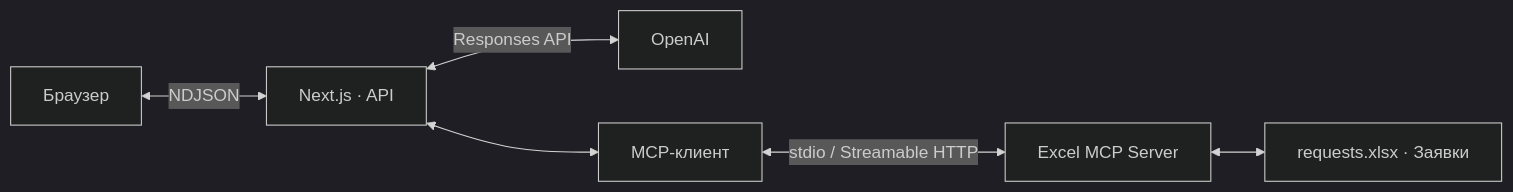
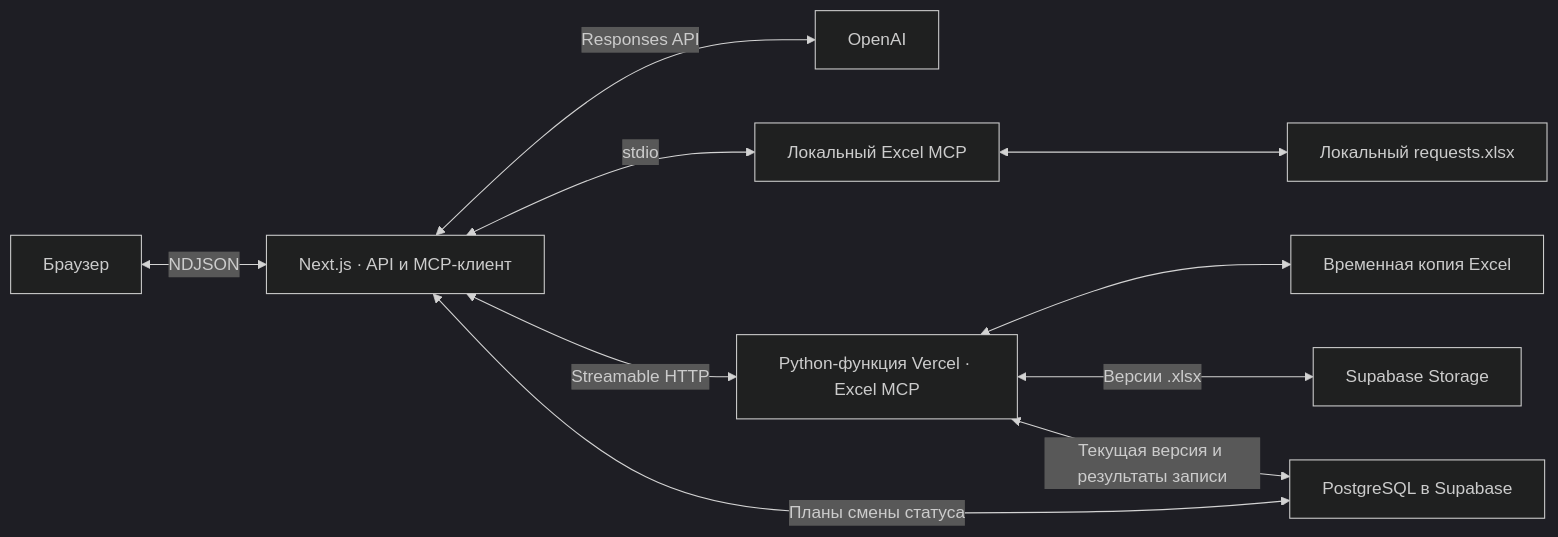
Before and after one commit to aipalata/excel-mcp-requests: the diagram in docs/ARCHITECTURE.md, drawn with Mermaid (dark theme). The commit also changed other lines of this file and 2 other files, not shown here.

Commit message:
Document the cloud workbook architecture and verification

````diff
--- a/docs/ARCHITECTURE.md
+++ b/docs/ARCHITECTURE.md
@@ -11,8 +11,12 @@
 ```mermaid
 flowchart LR
-  U["Браузер"] <-->|NDJSON| N["Next.js · API"]
+  U["Браузер"] <-->|NDJSON| N["Next.js · API и MCP-клиент"]
   N <-->|Responses API| O["OpenAI"]
-  N <--> C["MCP-клиент"]
-  C <-->|stdio / Streamable HTTP| M["Excel MCP Server"]
-  M <--> X["requests.xlsx · Заявки"]
+  N <-->|stdio| L["Локальный Excel MCP"]
+  L <--> X["Локальный requests.xlsx"]
+  N <-->|Streamable HTTP| V["Python-функция Vercel · Excel MCP"]
+  V <--> T["Временная копия Excel"]
+  V <-->|Версии .xlsx| S["Supabase Storage"]
+  V <-->|Текущая версия и результаты записи| P["PostgreSQL в Supabase"]
+  N <-->|Планы смены статуса| P
 ```
````
